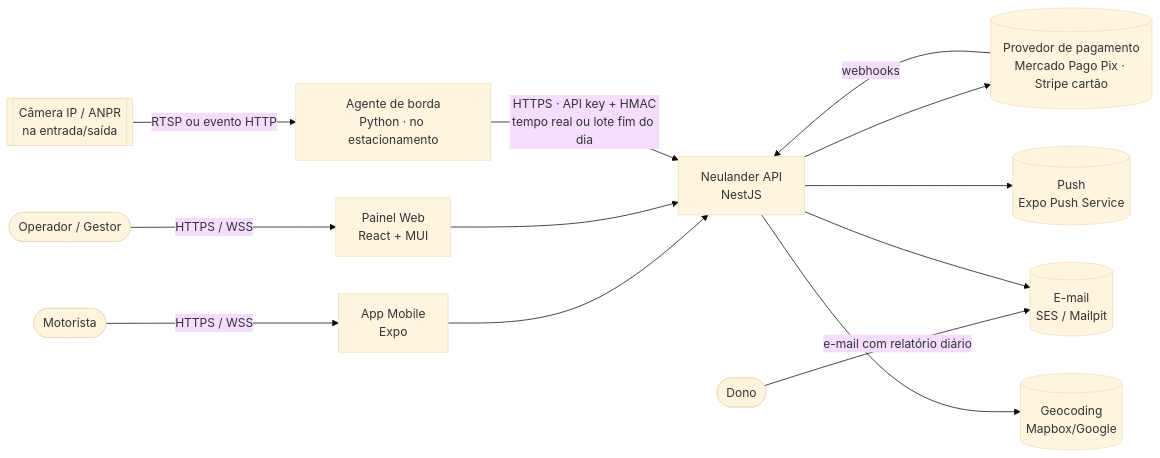
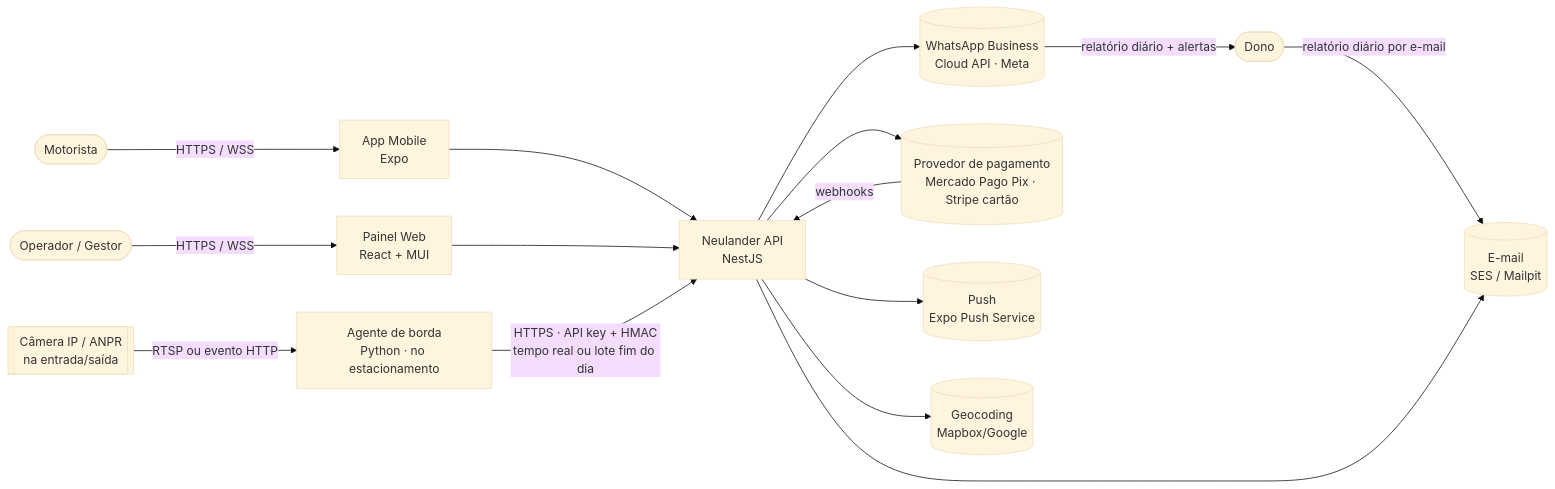
One commit to kuroneko83/neulander_parking changed the first of 3 diagrams in docs/architecture/system-design.md. Above: the diagram before and after it, drawn with Mermaid (base theme). The commit also changed other lines of this file and 11 other files, not shown here.

First line of the commit message:
docs: single-camera LPR setup, WhatsApp delivery and hardware cost estimate

````diff
--- a/docs/architecture/system-design.md
+++ b/docs/architecture/system-design.md
@@ -59,15 +59,17 @@
 ```mermaid
 flowchart LR
   driver([Motorista]) -->|HTTPS / WSS| mobile[App Mobile\nExpo]
   operator([Operador / Gestor]) -->|HTTPS / WSS| web[Painel Web\nReact + MUI]
   mobile --> api
   web --> api
   cam[[Câmera IP / ANPR\nna entrada/saída]] -->|RTSP ou evento HTTP| edge[Agente de borda\nPython · no estacionamento]
   edge -->|HTTPS · API key + HMAC\ntempo real ou lote fim do dia| api
-  owner([Dono]) -->|e-mail com relatório diário| email
+  owner([Dono]) -->|relatório diário por e-mail| email
+  api --> wa[(WhatsApp Business\nCloud API · Meta)]
+  wa -->|relatório diário + alertas| owner
   api[Neulander API\nNestJS] --> psp[(Provedor de pagamento\nMercado Pago Pix · Stripe cartão)]
   psp -->|webhooks| api
   api --> email[(E-mail\nSES / Mailpit)]
   api --> push[(Push\nExpo Push Service)]
   api --> maps[(Geocoding\nMapbox/Google)]
 ```
````
